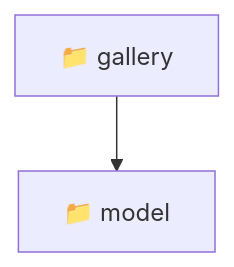
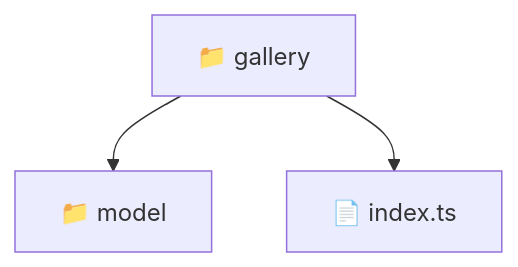
Before and after one commit to beginwebdev2002/fullstack-mavluda: the diagram in frontend/src/features/gallery/README.md, drawn with Mermaid. The commit also changed other lines of this file and 157 other files, not shown here.

First line of the commit message:
docs: generate localized readmes for architectural transparency

````diff
--- a/frontend/src/features/gallery/README.md
+++ b/frontend/src/features/gallery/README.md
@@ -11,5 +11,6 @@
 ```mermaid
 graph TD
   gallery["📁 gallery"]
-  gallery --> model["📁 model"]
+  gallery --> gallery_model["📁 model"]
+  gallery --> gallery_index_ts["📄 index.ts"]
 ```
````
